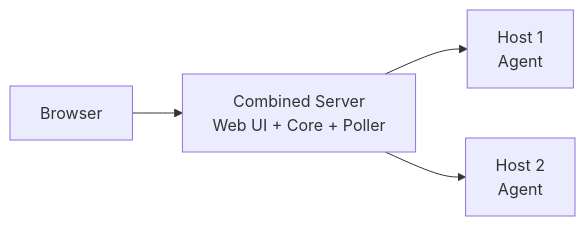
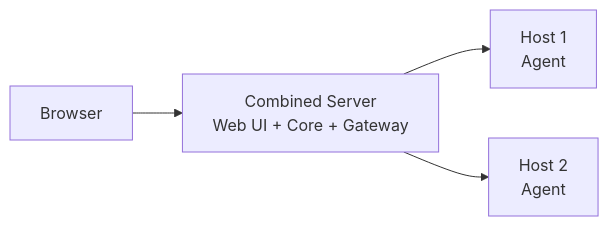
Before and after one commit to carverauto/serviceradar: the sixth of 7 diagrams in docs/docs/architecture.md, drawn with Mermaid. The commit also changed other lines of this file and 287 other files, not shown here.

````diff
--- a/docs/docs/architecture.md
+++ b/docs/docs/architecture.md
@@ -341,6 +363,6 @@
 ```mermaid
 graph LR
-    Browser[Browser] --> CombinedServer[Combined Server<br/>Web UI + Core + Poller]
+    Browser[Browser] --> CombinedServer[Combined Server<br/>Web UI + Core + Gateway]
     CombinedServer --> AgentServer1[Host 1<br/>Agent]
     CombinedServer --> AgentServer2[Host 2<br/>Agent]
 ```
````
